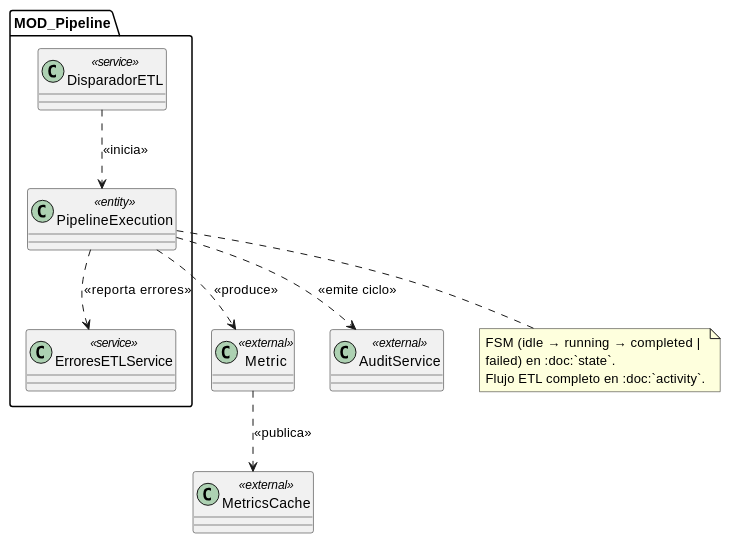
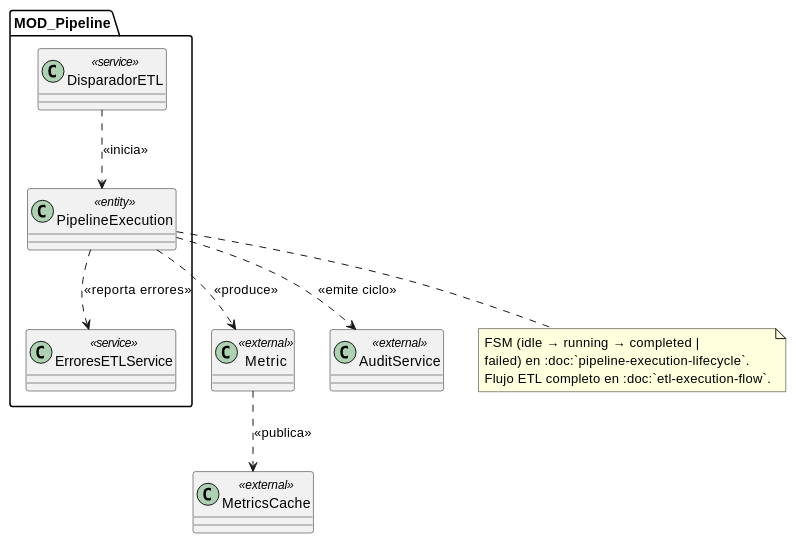
The diagram in source/arquitectura-tecnica/design-view/pipeline/index.rst (jcg-admin/IACT-docs), drawn with PlantUML before and after one commit. The commit also changed other lines of this file and 97 other files, not shown here.

```diff
--- a/source/arquitectura-tecnica/design-view/pipeline/index.rst
+++ b/source/arquitectura-tecnica/design-view/pipeline/index.rst
@@ -32,31 +32,31 @@
 .. uml::
  :caption: MOD_Pipeline — PipelineExecution + ETL flow.
            Detalle de Disparador, ErroresETLService en
-           :doc:`class`.
+           :doc:`bounded-context`.
 
  @startuml
 
  package "MOD_Pipeline" {
    class PipelineExecution <<entity>>
    class DisparadorETL <<service>>
    class ErroresETLService <<service>>
  }
 
  class Metric <<external>>
  class MetricsCache <<external>>
  class AuditService <<external>>
 
  DisparadorETL ..> PipelineExecution : <<inicia>>
  PipelineExecution ..> Metric : <<produce>>
  Metric ..> MetricsCache : <<publica>>
 
  PipelineExecution ..> ErroresETLService : <<reporta errores>>
  PipelineExecution ..> AuditService : <<emite ciclo>>
 
  note bottom of PipelineExecution
    FSM (idle → running → completed |
-   failed) en :doc:`state`.
-   Flujo ETL completo en :doc:`activity`.
+   failed) en :doc:`pipeline-execution-lifecycle`.
+   Flujo ETL completo en :doc:`etl-execution-flow`.
  end note
 
  @enduml
```
